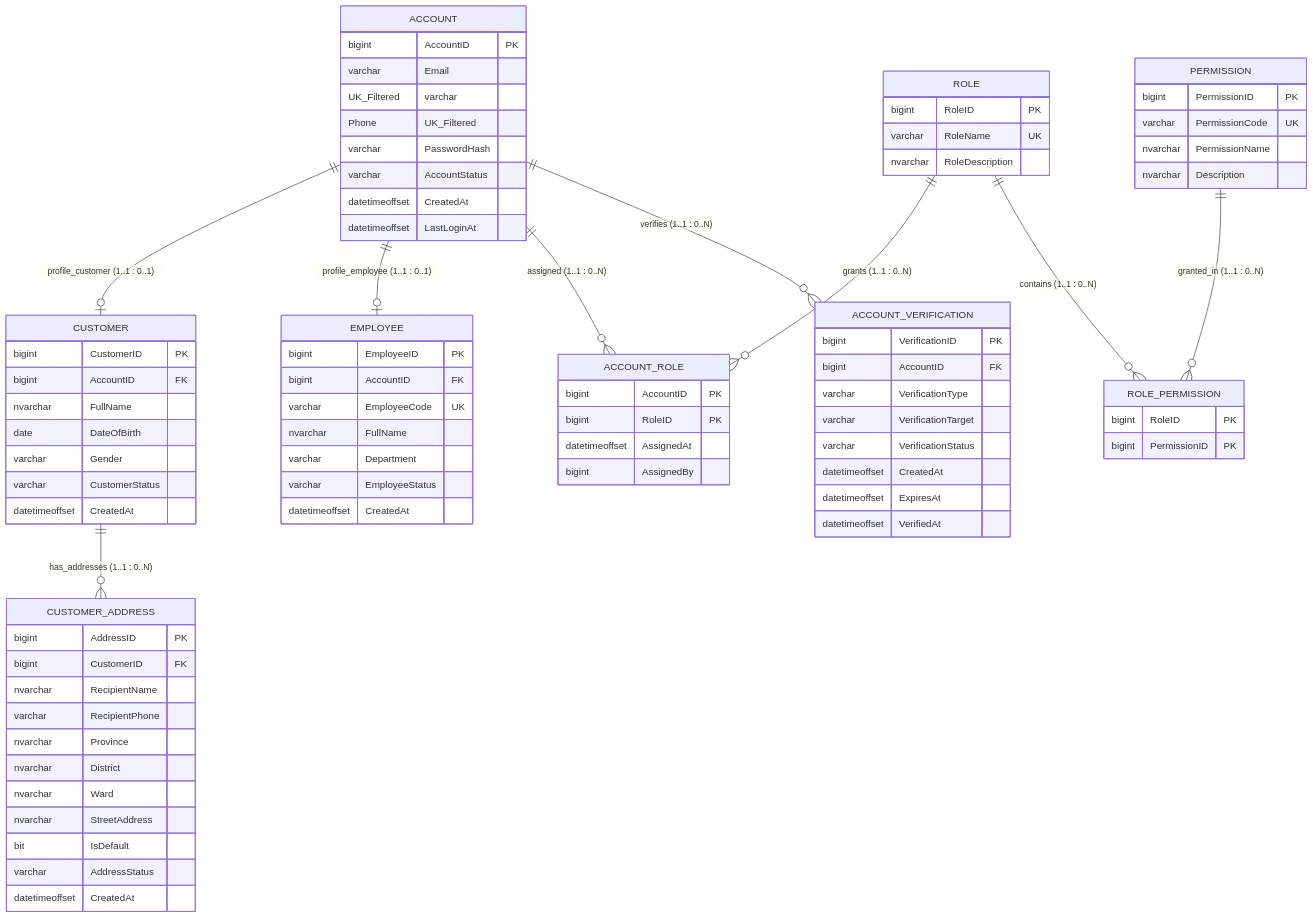
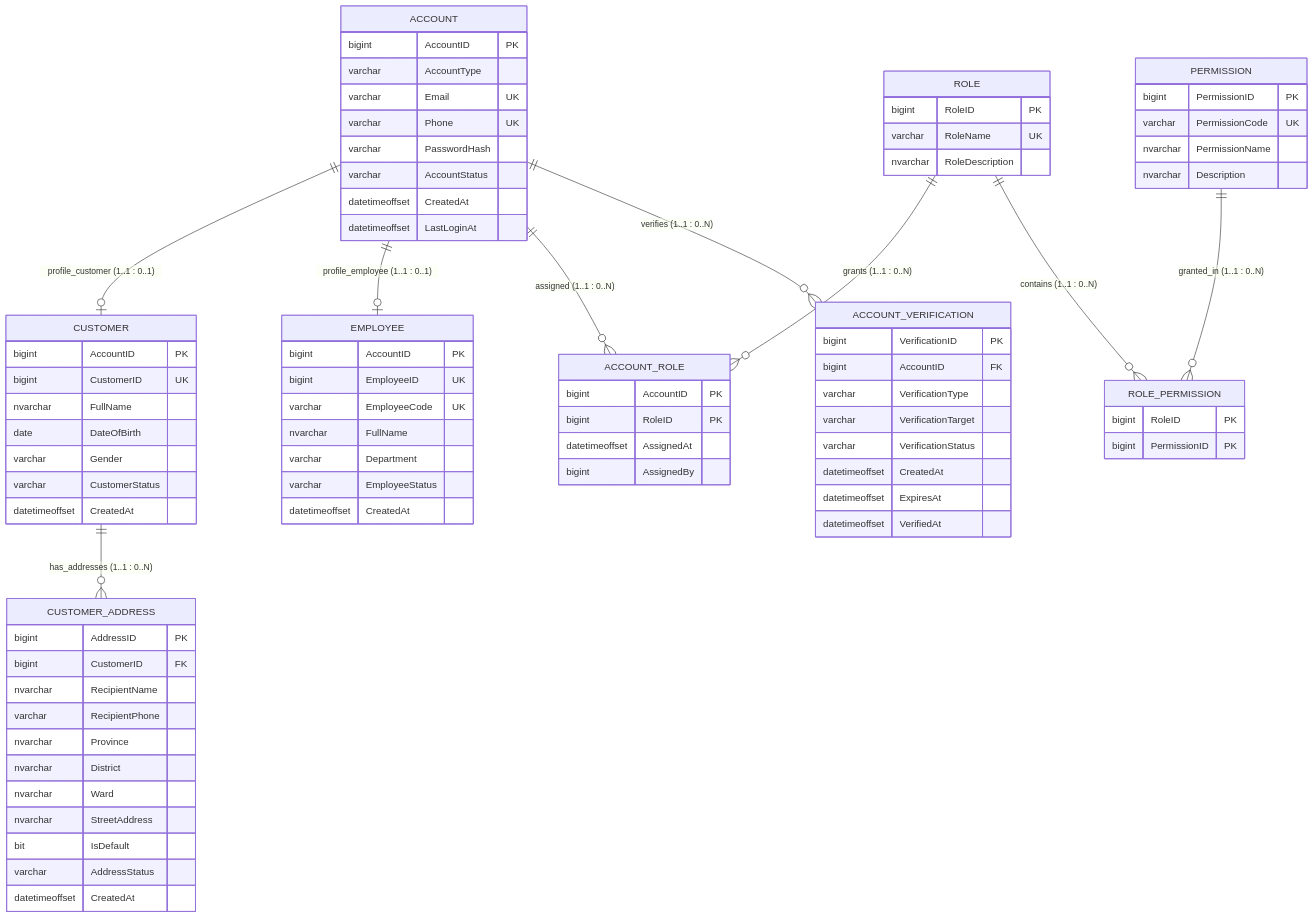
The diagram in docs/Milestones/M2-Conceptual-Design/ERD/mermaid/Customer-Identity.md (itzchugnn/RetailCore-E-commerce-Management-System), drawn with Mermaid before and after one commit. The commit also changed 11 other files, not shown here.

```diff
--- a/docs/Milestones/M2-Conceptual-Design/ERD/mermaid/Customer-Identity.md
+++ b/docs/Milestones/M2-Conceptual-Design/ERD/mermaid/Customer-Identity.md
@@ -15,16 +15,17 @@
 
     ACCOUNT {
         bigint AccountID PK
-        varchar Email UK_Filtered
-        varchar Phone UK_Filtered
+        varchar AccountType
+        varchar Email UK
+        varchar Phone UK
         varchar PasswordHash
         varchar AccountStatus
         datetimeoffset CreatedAt
         datetimeoffset LastLoginAt
     }
     CUSTOMER {
-        bigint CustomerID PK
-        bigint AccountID FK
+        bigint AccountID PK
+        bigint CustomerID UK
         nvarchar FullName
         date DateOfBirth
         varchar Gender
@@ -32,8 +33,8 @@
         datetimeoffset CreatedAt
     }
     EMPLOYEE {
-        bigint EmployeeID PK
-        bigint AccountID FK
+        bigint AccountID PK
+        bigint EmployeeID UK
         varchar EmployeeCode UK
         nvarchar FullName
         varchar Department
```
